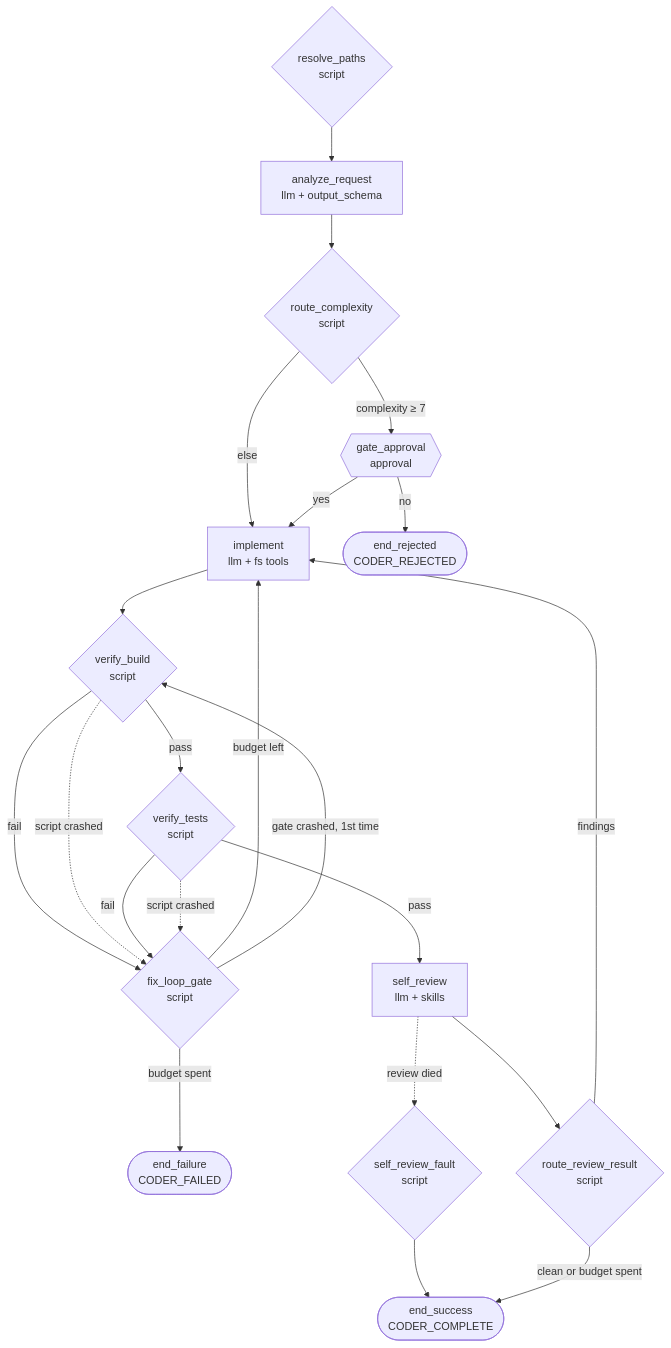
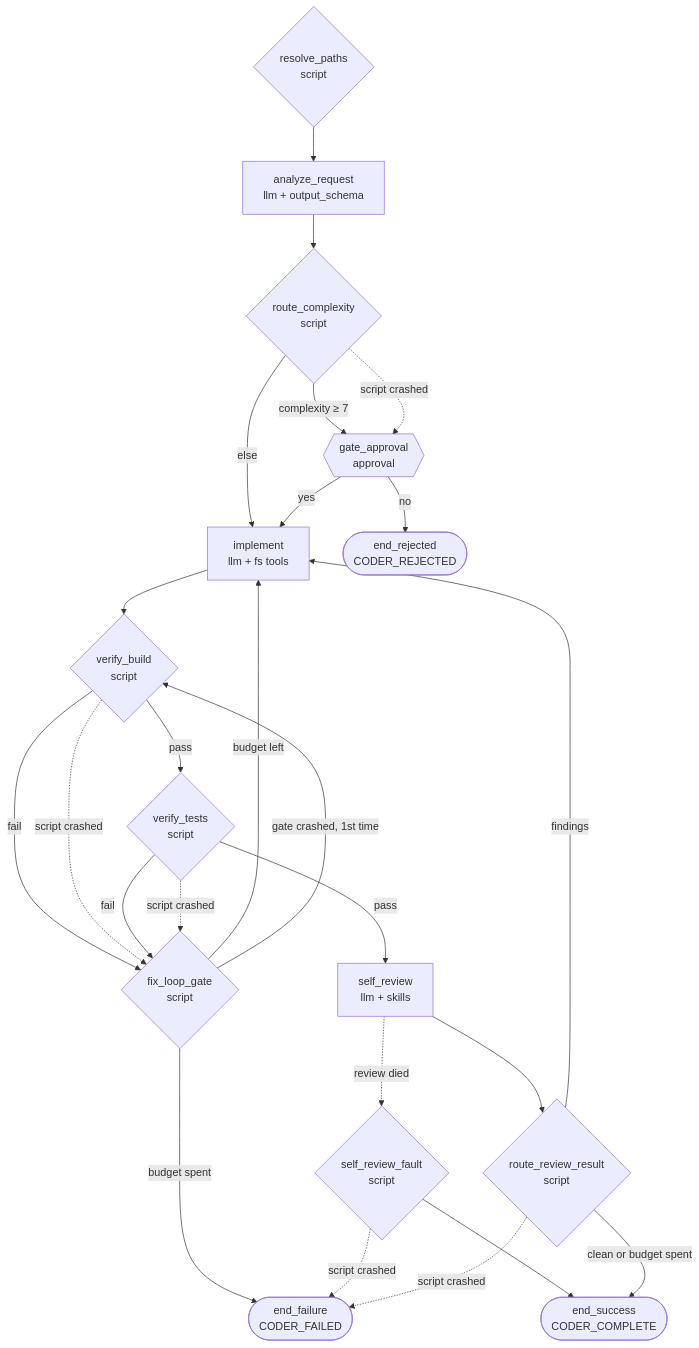
The diagram in assets/agents/coder/README.md (Dark-Alex-17/coyote), drawn with Mermaid before and after one commit. The commit also changed other lines of this file and 24 other files, not shown here.

````diff
--- a/assets/agents/coder/README.md
+++ b/assets/agents/coder/README.md
@@ -13,34 +13,37 @@
 ```mermaid
 flowchart TD
     resolve_paths{"resolve_paths<br/>script"} --> analyze_request
     analyze_request["analyze_request<br/>llm + output_schema"] --> route_complexity
     route_complexity{"route_complexity<br/>script"}
     route_complexity -->|"complexity ≥ 7"| gate_approval
     route_complexity -->|else| implement
+    route_complexity -. "script crashed" .-> gate_approval
     gate_approval{{"gate_approval<br/>approval"}}
     gate_approval -->|yes| implement
     gate_approval -->|no| end_rejected
     implement["implement<br/>llm + fs tools"] --> verify_build
     verify_build{"verify_build<br/>script"}
     verify_build -->|pass| verify_tests
     verify_build -->|fail| fix_loop_gate
     verify_build -. "script crashed" .-> fix_loop_gate
     verify_tests{"verify_tests<br/>script"}
     verify_tests -->|pass| self_review
     verify_tests -->|fail| fix_loop_gate
     verify_tests -. "script crashed" .-> fix_loop_gate
     fix_loop_gate{"fix_loop_gate<br/>script"}
     fix_loop_gate -->|"budget left"| implement
     fix_loop_gate -->|"budget spent"| end_failure
     fix_loop_gate -->|"gate crashed, 1st time"| verify_build
     self_review["self_review<br/>llm + skills"] --> route_review_result
     self_review -. "review died" .-> self_review_fault
     self_review_fault{"self_review_fault<br/>script"} --> end_success
+    self_review_fault -. "script crashed" .-> end_failure
     route_review_result{"route_review_result<br/>script"}
     route_review_result -->|"clean or budget spent"| end_success
     route_review_result -->|findings| implement
+    route_review_result -. "script crashed" .-> end_failure
 
     end_success(["end_success<br/>CODER_COMPLETE"])
     end_rejected(["end_rejected<br/>CODER_REJECTED"])
     end_failure(["end_failure<br/>CODER_FAILED"])
 ```
````
